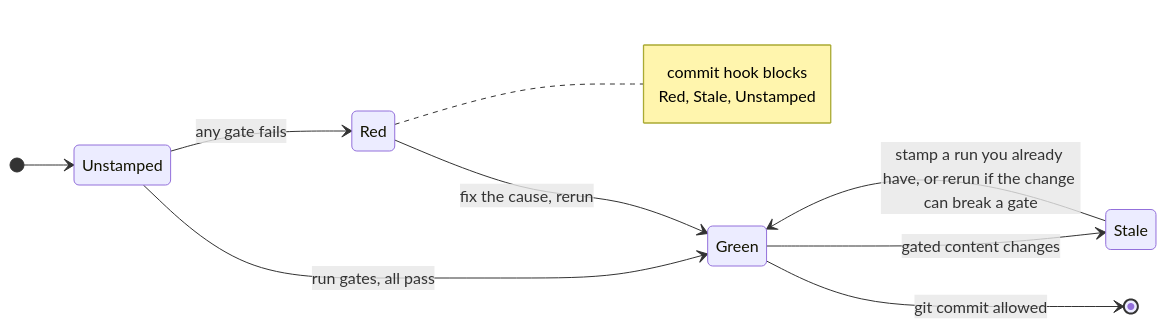
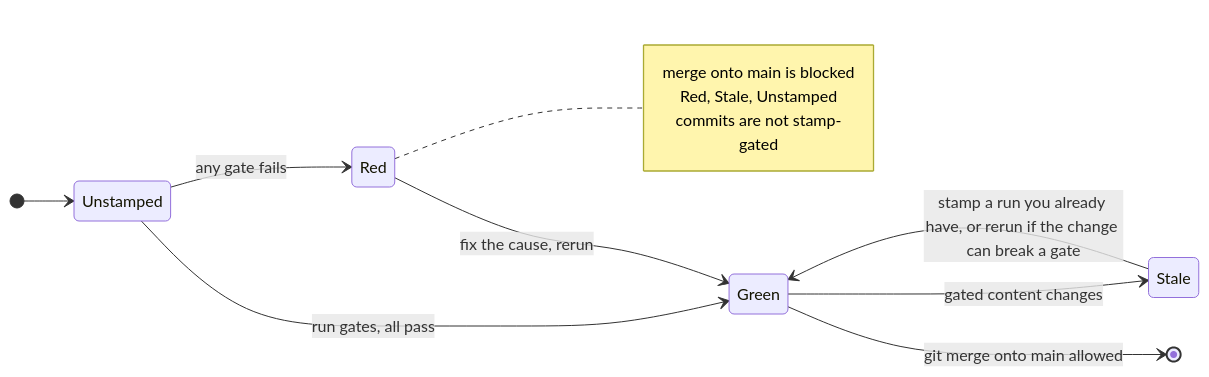
The second of 3 diagrams in docs/how-it-works.md (devmesh-in/claude-company), drawn with Mermaid before and after one commit. The commit also changed other lines of this file and 26 other files, not shown here.

First line of the commit message:
feat(merge-gate-stamp): ship merge-only stamp gating as 0.4.2

````diff
--- a/docs/how-it-works.md
+++ b/docs/how-it-works.md
@@ -90,15 +90,16 @@
 ```mermaid
 stateDiagram-v2
     direction LR
     [*] --> Unstamped
     Unstamped --> Green: run gates, all pass
     Unstamped --> Red: any gate fails
     Red --> Green: fix the cause, rerun
     Green --> Stale: gated content changes
     Stale --> Green: stamp a run you already have, or rerun if the change can break a gate
-    Green --> [*]: git commit allowed
+    Green --> [*]: git merge onto main allowed
     note right of Red
-        commit hook blocks
+        merge onto main is blocked
         Red, Stale, Unstamped
+        commits are not stamp-gated
     end note
 ```
````
